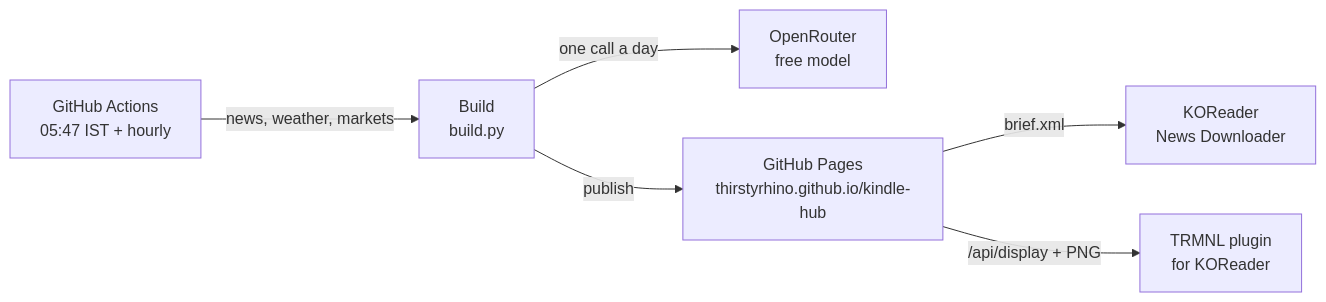
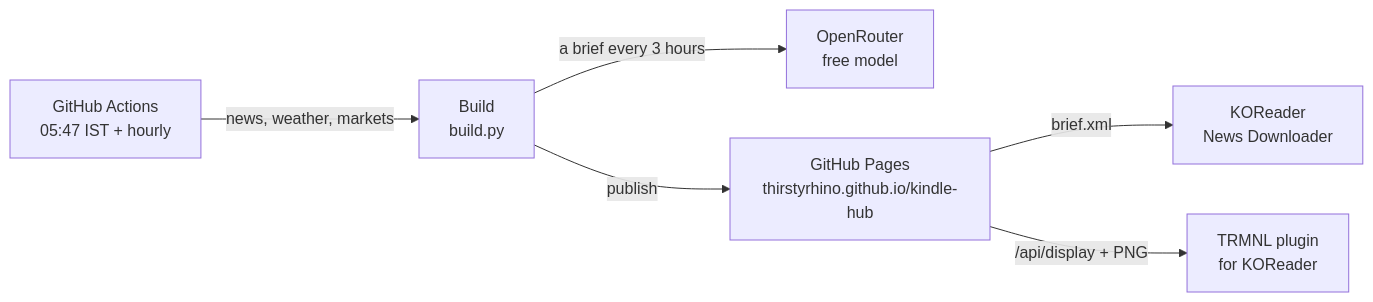
The diagram in README.md (thirstyrhino/kindle-hub), drawn with Mermaid before and after one commit. The commit also changed other lines of this file and 17 other files, not shown here.

First line of the commit message:
Dashboard choice (Quarter Progress default), weather clock, market hours, 3-hourly brief

````diff
--- a/README.md
+++ b/README.md
@@ -63,8 +64,8 @@
 ```mermaid
 flowchart LR
     A["GitHub Actions<br/>05:47 IST + hourly"] -->|news, weather, markets| B["Build<br/>build.py"]
-    B -->|one call a day| C["OpenRouter<br/>free model"]
+    B -->|a brief every 3 hours| C["OpenRouter<br/>free model"]
     B -->|publish| D["GitHub Pages<br/>thirstyrhino.github.io/kindle-hub"]
     D -->|brief.xml| E["KOReader<br/>News Downloader"]
     D -->|/api/display + PNG| F["TRMNL plugin<br/>for KOReader"]
 ```
````
